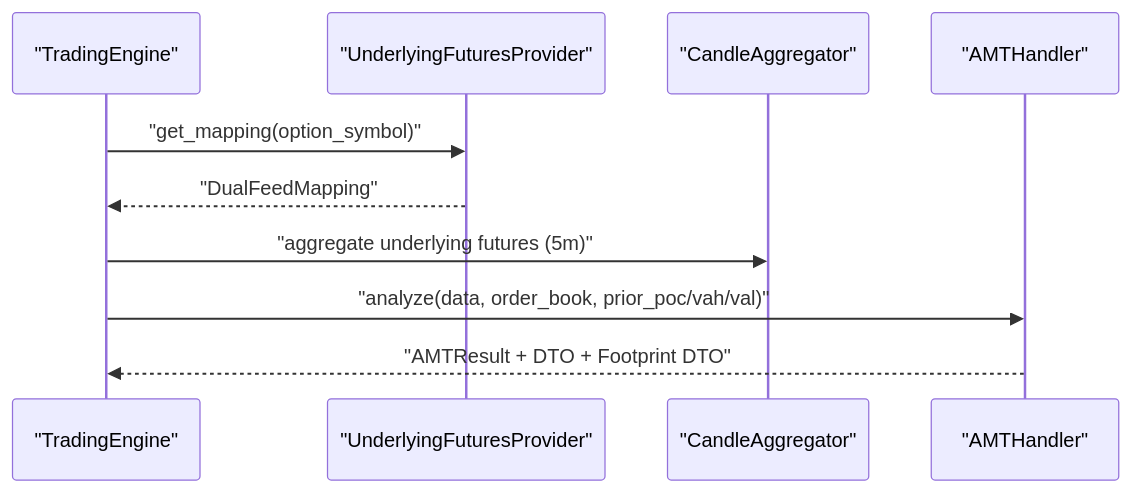
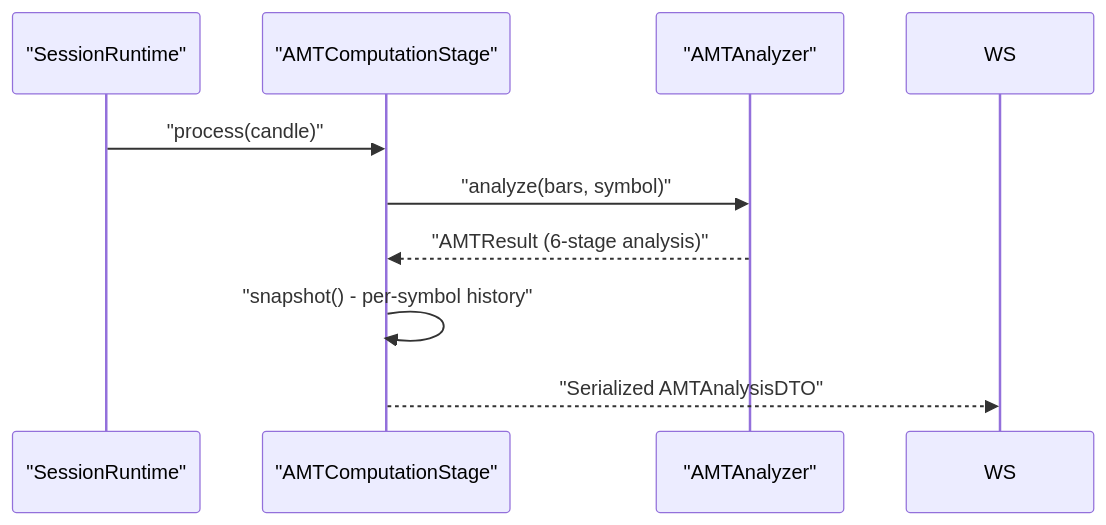
Before and after one commit to gemrajkhatry-maker/v5-of-glassytrade-ai: the eighth of 12 diagrams in .qoder/repowiki/en/content/Architecture Deep Dive/Data Flow and Processing/Data Flow and Processing.md, drawn with Mermaid. The commit also changed other lines of this file and 219 other files, not shown here.

First line of the commit message:
refactor: major architecture improvements across backend, backendv2, brokers, and frontend

````diff
--- a/.qoder/repowiki/en/content/Architecture Deep Dive/Data Flow and Processing/Data Flow and Processing.md
+++ b/.qoder/repowiki/en/content/Architecture Deep Dive/Data Flow and Processing/Data Flow and Processing.md
@@ -215,12 +367,11 @@
 ```mermaid
 sequenceDiagram
-participant ENG as "TradingEngine"
-participant UFP as "UnderlyingFuturesProvider"
-participant CA as "CandleAggregator"
-participant AMT as "AMTHandler"
-ENG->>UFP : "get_mapping(option_symbol)"
-UFP-->>ENG : "DualFeedMapping"
-ENG->>CA : "aggregate underlying futures (5m)"
-ENG->>AMT : "analyze(data, order_book, prior_poc/vah/val)"
-AMT-->>ENG : "AMTResult + DTO + Footprint DTO"
+participant SRV2 as "SessionRuntime"
+participant AMT as "AMTComputationStage"
+participant ANALYZER as "AMTAnalyzer"
+SRV2->>AMT : "process(candle)"
+AMT->>ANALYZER : "analyze(bars, symbol)"
+ANALYZER-->>AMT : "AMTResult (6-stage analysis)"
+AMT->>AMT : "snapshot() - per-symbol history"
+AMT-->>WS : "Serialized AMTAnalysisDTO"
 ```
````
